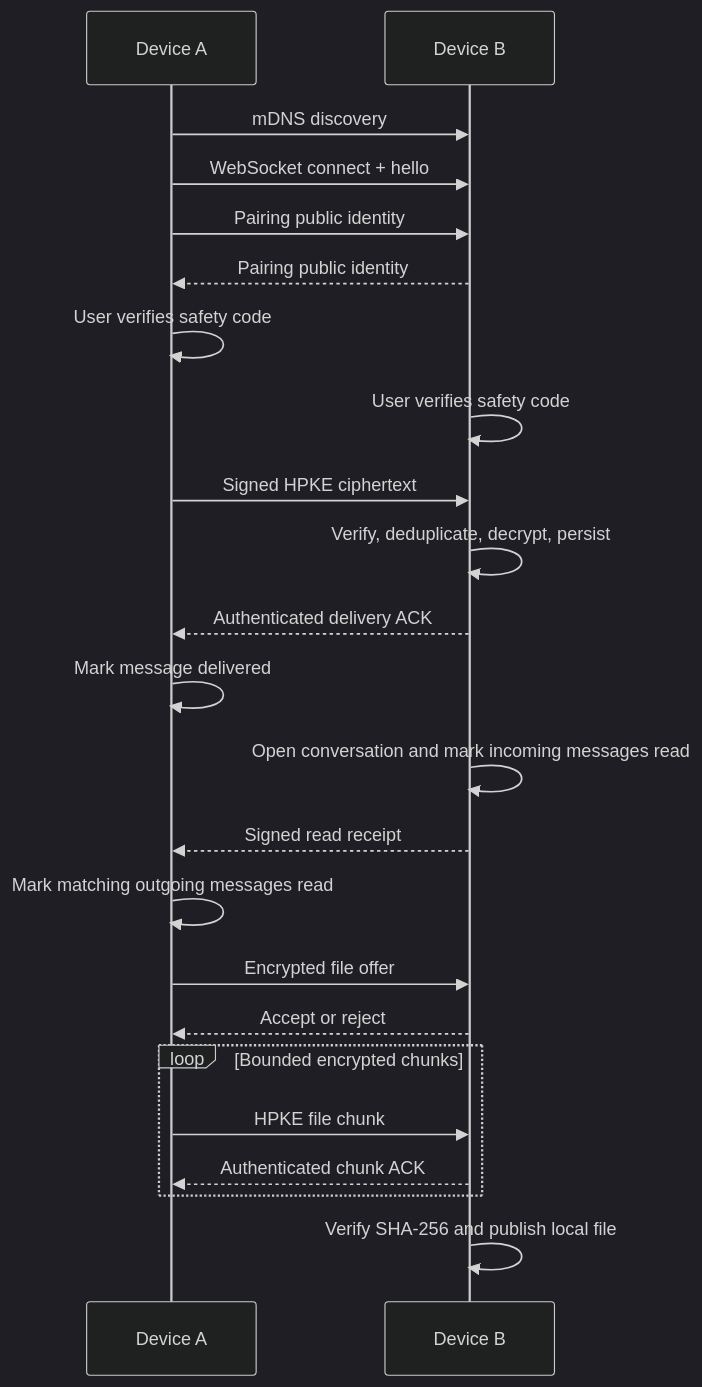
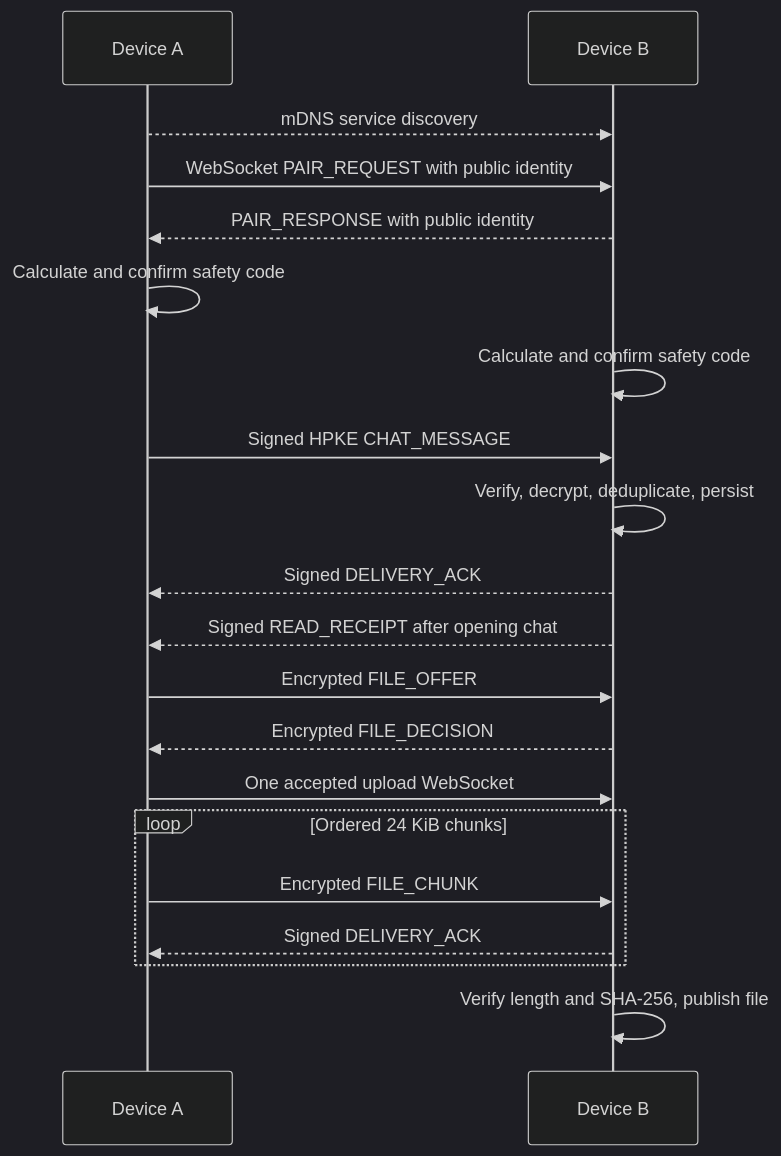
The third of 3 diagrams in docs/ARCHITECTURE.md (x2ink/subnetdrop), drawn with Mermaid (dark theme) before and after one commit. The commit also changed other lines of this file and 21 other files, not shown here.

````diff
--- a/docs/ARCHITECTURE.md
+++ b/docs/ARCHITECTURE.md
@@ -45,25 +83,22 @@
 ```mermaid
 sequenceDiagram
     participant A as Device A
     participant B as Device B
-    A->>B: mDNS discovery
-    A->>B: WebSocket connect + hello
-    A->>B: Pairing public identity
-    B-->>A: Pairing public identity
-    A->>A: User verifies safety code
-    B->>B: User verifies safety code
-    A->>B: Signed HPKE ciphertext
-    B->>B: Verify, deduplicate, decrypt, persist
-    B-->>A: Authenticated delivery ACK
-    A->>A: Mark message delivered
-    B->>B: Open conversation and mark incoming messages read
-    B-->>A: Signed read receipt
-    A->>A: Mark matching outgoing messages read
-    A->>B: Encrypted file offer
-    B-->>A: Accept or reject
-    loop Bounded encrypted chunks
-        A->>B: HPKE file chunk
-        B-->>A: Authenticated chunk ACK
+    A-->>B: mDNS service discovery
+    A->>B: WebSocket PAIR_REQUEST with public identity
+    B-->>A: PAIR_RESPONSE with public identity
+    A->>A: Calculate and confirm safety code
+    B->>B: Calculate and confirm safety code
+    A->>B: Signed HPKE CHAT_MESSAGE
+    B->>B: Verify, decrypt, deduplicate, persist
+    B-->>A: Signed DELIVERY_ACK
+    B-->>A: Signed READ_RECEIPT after opening chat
+    A->>B: Encrypted FILE_OFFER
+    B-->>A: Encrypted FILE_DECISION
+    A->>B: One accepted upload WebSocket
+    loop Ordered 24 KiB chunks
+        A->>B: Encrypted FILE_CHUNK
+        B-->>A: Signed DELIVERY_ACK
     end
-    B->>B: Verify SHA-256 and publish local file
+    B->>B: Verify length and SHA-256, publish file
 ```
````
